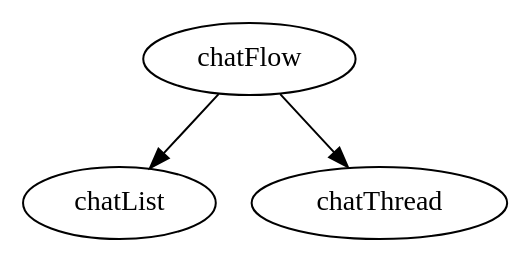
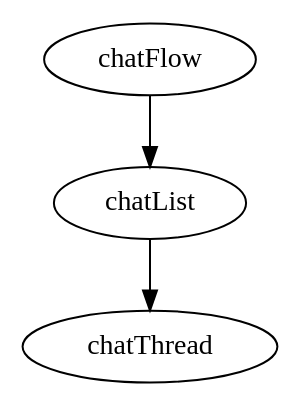
The diagram in feature/chat/routing/src/main/way/chat_flow.dot (DeveloperPalmer/clarify-android), drawn with Graphviz before and after one commit. The commit also changed 7 other files, not shown here.

```diff
--- a/feature/chat/routing/src/main/way/chat_flow.dot
+++ b/feature/chat/routing/src/main/way/chat_flow.dot
@@ -1,10 +1,9 @@
 digraph ChatFlow {
   package = "ru.sla.clarify.feature.chat.routing"
 
   chatFlow [
     type = "flow"
   ]
 
-  chatFlow -> chatList
-  chatFlow -> chatThread
+  chatFlow -> chatList -> chatThread
 }
```
